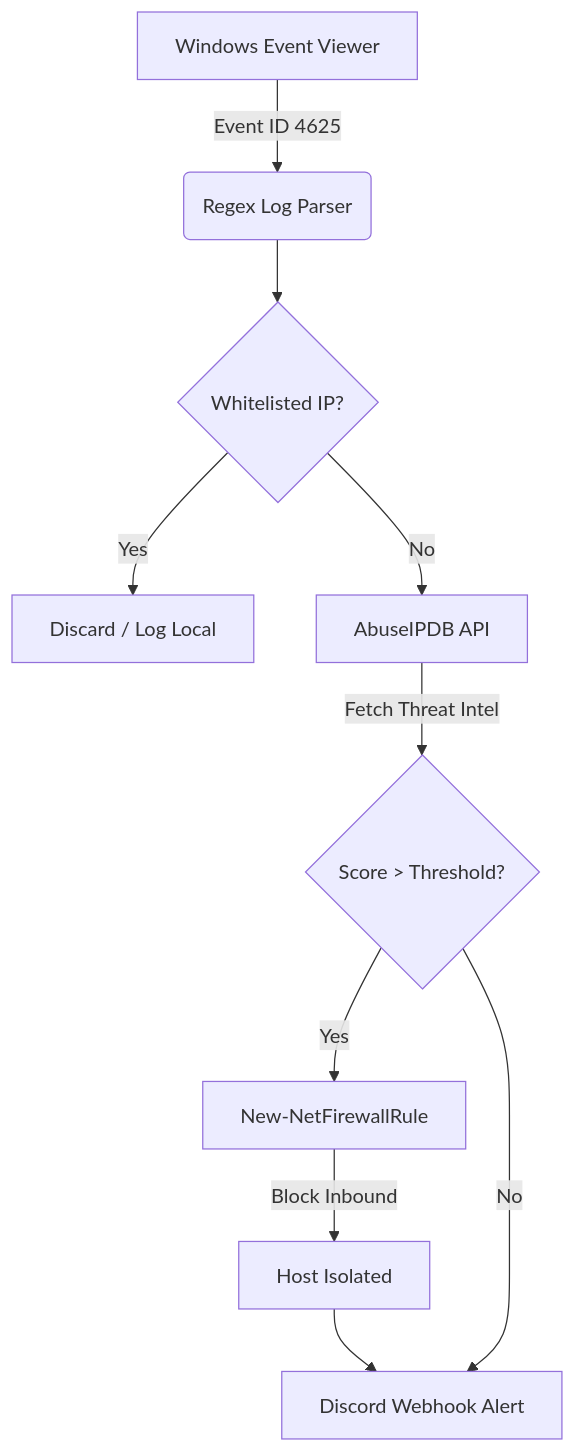
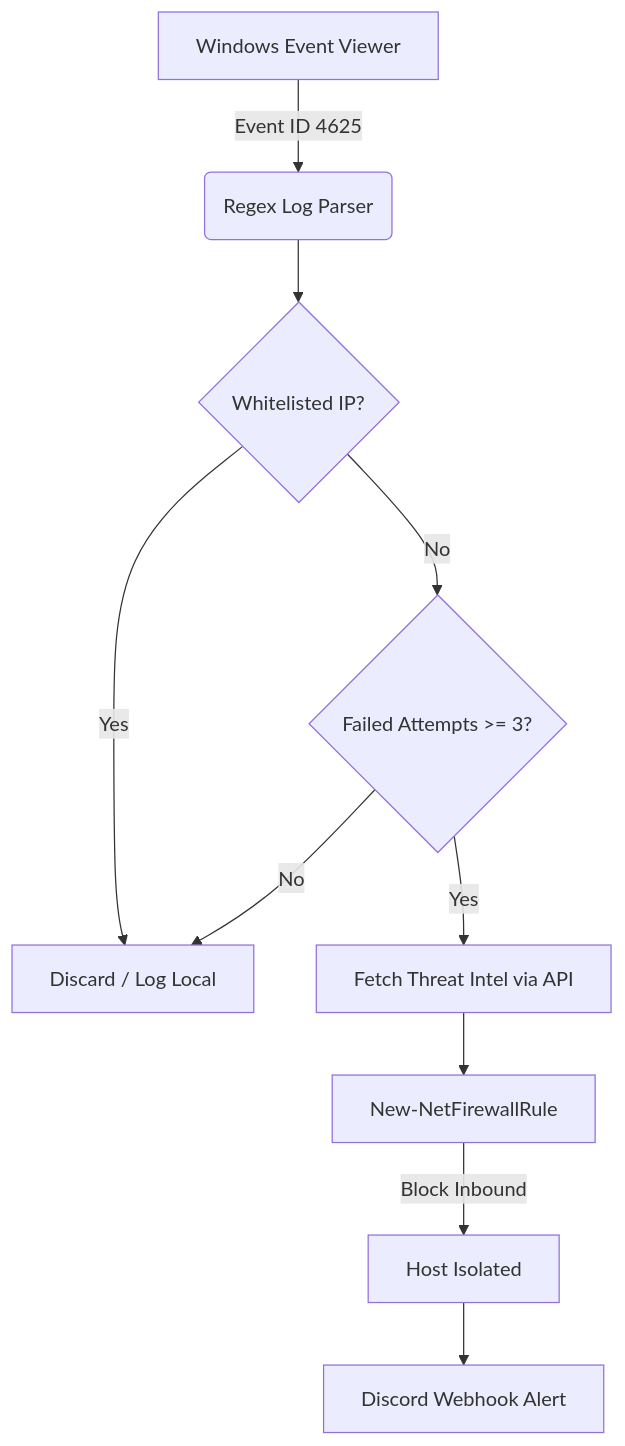
Before and after one commit to ArmSec7/SentinelTrap: the diagram in README.md, drawn with Mermaid. The commit also changed other lines of this file, not shown here.

First line of the commit message:
Revise flowchart and improve installation steps

````diff
--- a/README.md
+++ b/README.md
@@ -25,12 +25,12 @@
 ```mermaid
 graph TD
     A[Windows Event Viewer] -->|Event ID 4625| B(Regex Log Parser)
     B --> C{Whitelisted IP?}
     C -->|Yes| D[Discard / Log Local]
-    C -->|No| E[AbuseIPDB API]
-    E -->|Fetch Threat Intel| F{Score > Threshold?}
-    F -->|Yes| G[New-NetFirewallRule]
+    C -->|No| E{Failed Attempts >= 3?}
+    E -->|No| D
+    E -->|Yes| F[Fetch Threat Intel via API]
+    F --> G[New-NetFirewallRule]
     G -->|Block Inbound| H[Host Isolated]
     H --> I[Discord Webhook Alert]
-    F -->|No| I
 ```
````
